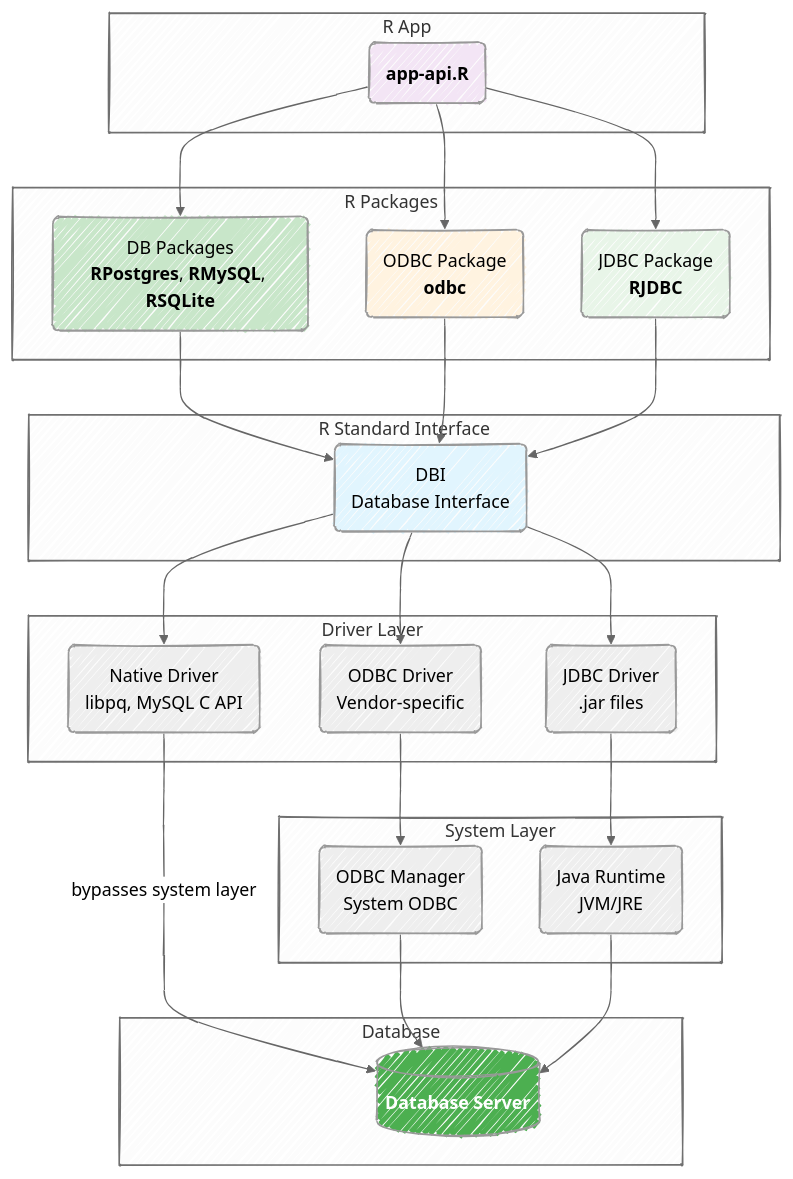
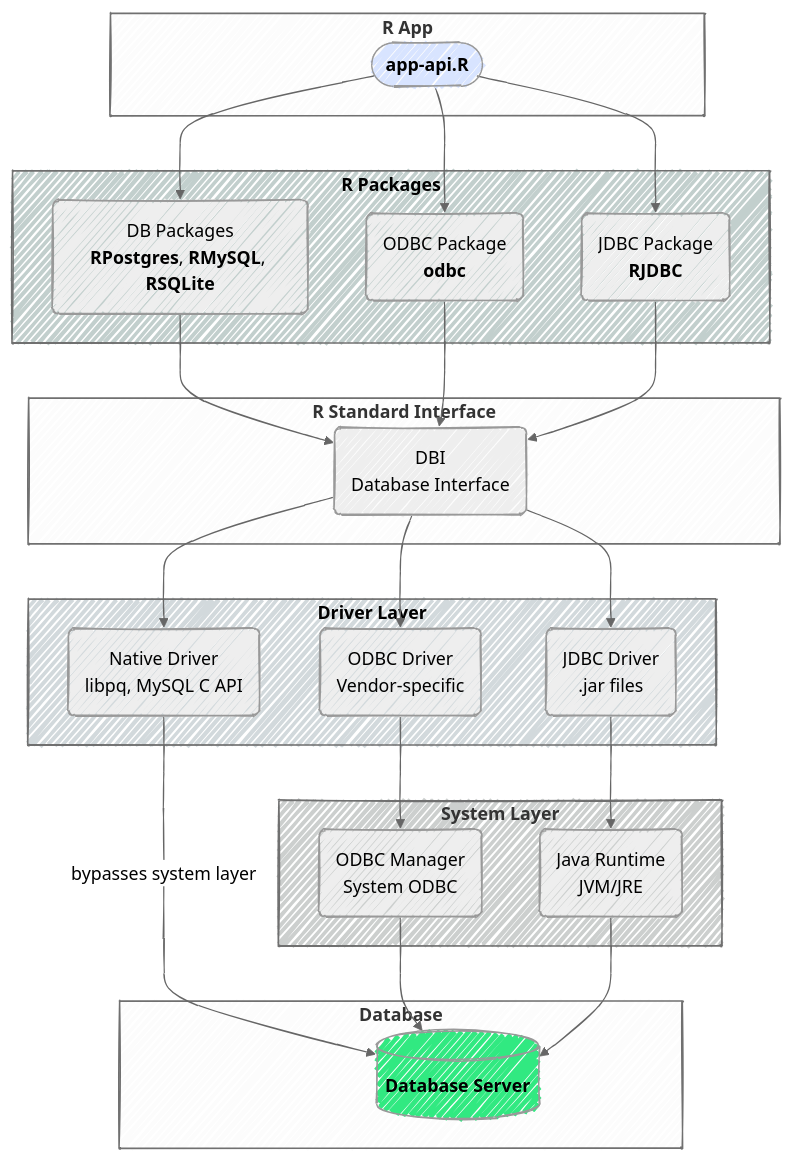
The second of 6 diagrams in lab3.qmd (mjfrigaard/do4ds-labs), drawn with Mermaid before and after one commit. The commit also changed other lines of this file and 38 other files, not shown here.

````diff
--- a/lab3.qmd
+++ b/lab3.qmd
@@ -118,64 +127,73 @@
 ```{mermaid}
 %%| fig-cap: 'R Database Connection Pathways'
 %%| fig-align: center
 %%{init: {'theme': 'neutral', 'look': 'handDrawn', 'themeVariables': { 'fontFamily': 'monospace'}}}%%
 
 graph TB
-    subgraph "R App"
-        A("<strong>app-api.R</strong>")
+    subgraph RApp["<strong>R App</strong>"]
+        A(["<strong>app-api.R</strong>"])
     end
+
+    style A fill:#d8e4ff,color:#000
     
-    subgraph "R Packages"
+    subgraph RPkgs["<strong>R Packages</strong>"]
         B("DB Packages<br/><strong>RPostgres</strong>, <strong>RMySQL</strong>, <strong>RSQLite</strong>")
         C("ODBC Package<br/><strong>odbc</strong>")
         D("JDBC Package<br/><strong>RJDBC</strong>")
     end
+
+    %%% Tints of #35605a
+    style RPkgs fill:#c2cfcd,color:#000
     
-    subgraph "R Standard Interface"
+    subgraph DBI["<strong>R Standard Interface</strong>"]
         E("DBI<br/>Database Interface")
     end
+
+    %% Tints of #6b818c
+
     
-    subgraph "Driver Layer"
+    subgraph Driver["<strong>Driver Layer</strong>"]
         F("Native Driver<br/>libpq, MySQL C API")
         G("ODBC Driver<br/>Vendor-specific")
         H("JDBC Driver<br/>.jar files")
     end
+
+    %% Tints of #6b818c
+    style Driver fill:#d2d9dc,color:#000
     
-    subgraph "System Layer"
+    subgraph System["<strong>System Layer</strong>"]
         I("ODBC Manager<br/>System ODBC")
         J("Java Runtime<br/>JVM/JRE")
     end
+
+    style System fill:#cccfce
     
-    subgraph "Database"
+    subgraph DB["<strong>Database</strong>"]
         K[("<strong>Database Server</strong>")]
     end
+
+    style K fill:#31e981
     
     %% All paths go through DBI
     A --> B
     A --> C  
     A --> D
     B --> E
     C --> E
     D --> E
     
     %% Direct pathway (bypasses system layer)
     E --> F
     F --"bypasses system layer"--> K
     
     %% ODBC pathway  
     E --> G
     G --> I
     I --> K
     
     %% JDBC pathway
     E --> H
     H --> J
     J --> K
     
-    style A fill:#f3e5f5
-    style E fill:#e1f5fe
-    style B fill:#c8e6c9
-    style C fill:#fff3e0
-    style D fill:#e8f5e8
-    style K fill:#4caf50,color:#fff
 ```
````
